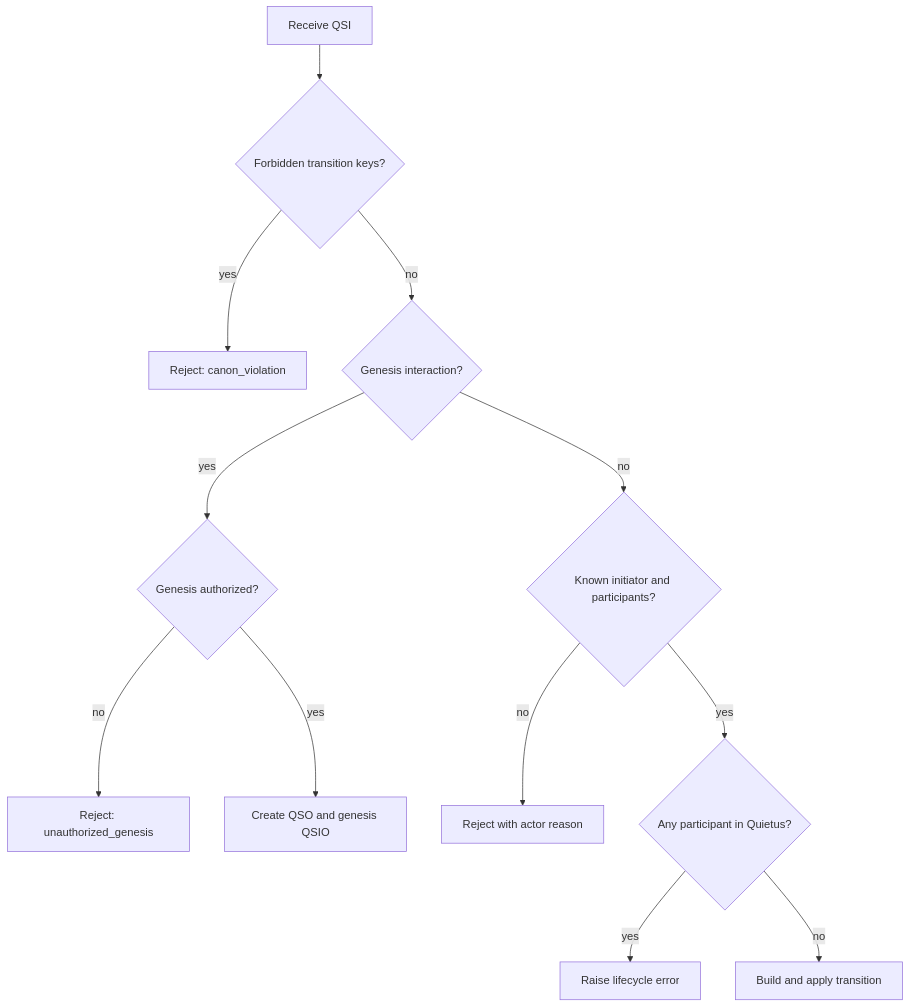
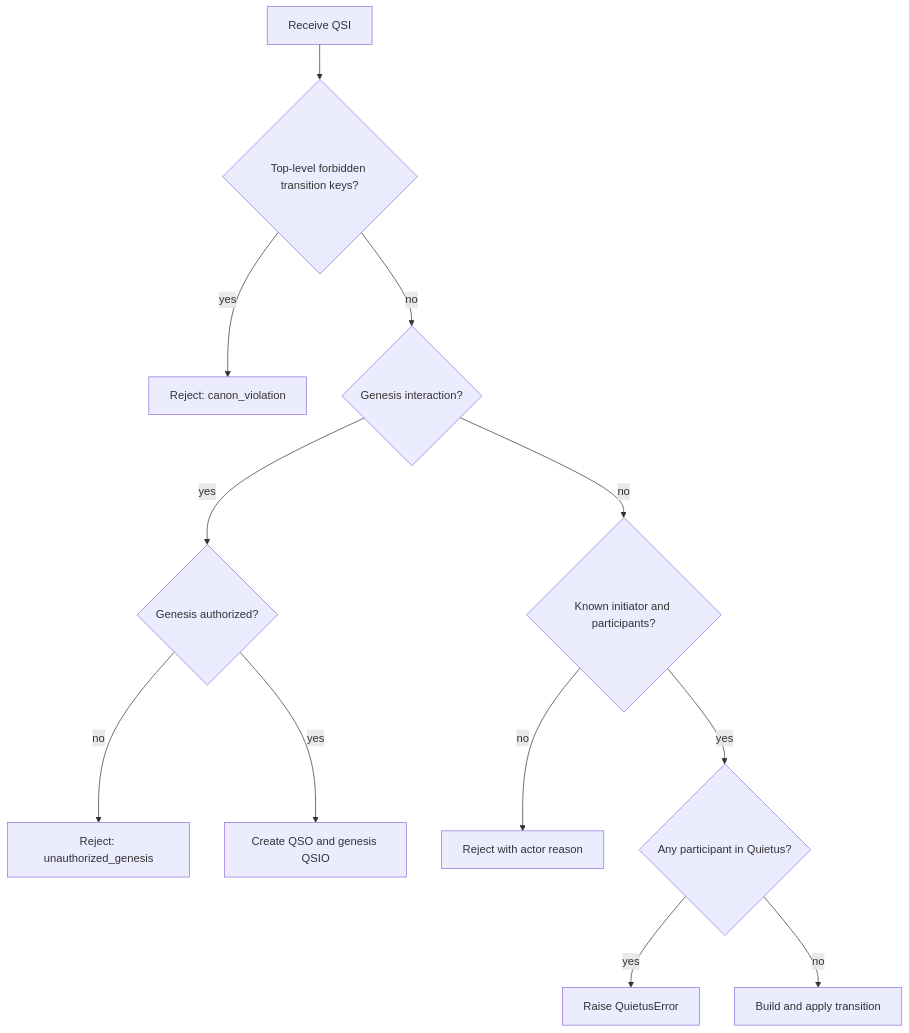
One commit to aevespers2/qsio-kernel changed the first of 2 diagrams in docs/design.md. Above: the diagram before and after it, drawn with Mermaid. The commit also changed other lines of this file, not shown here.

Commit message:
docs: align transition hashing and quietus lifecycle claims

````diff
--- a/docs/design.md
+++ b/docs/design.md
@@ -58,14 +60,14 @@
 ```mermaid
 flowchart TD
-    A[Receive QSI] --> B{Forbidden transition keys?}
+    A[Receive QSI] --> B{Top-level forbidden transition keys?}
     B -->|yes| R[Reject: canon_violation]
     B -->|no| C{Genesis interaction?}
     C -->|yes| D{Genesis authorized?}
     D -->|no| G[Reject: unauthorized_genesis]
     D -->|yes| H[Create QSO and genesis QSIO]
     C -->|no| E{Known initiator and participants?}
     E -->|no| I[Reject with actor reason]
     E -->|yes| F{Any participant in Quietus?}
-    F -->|yes| J[Raise lifecycle error]
+    F -->|yes| J[Raise QuietusError]
     F -->|no| K[Build and apply transition]
 ```
````
